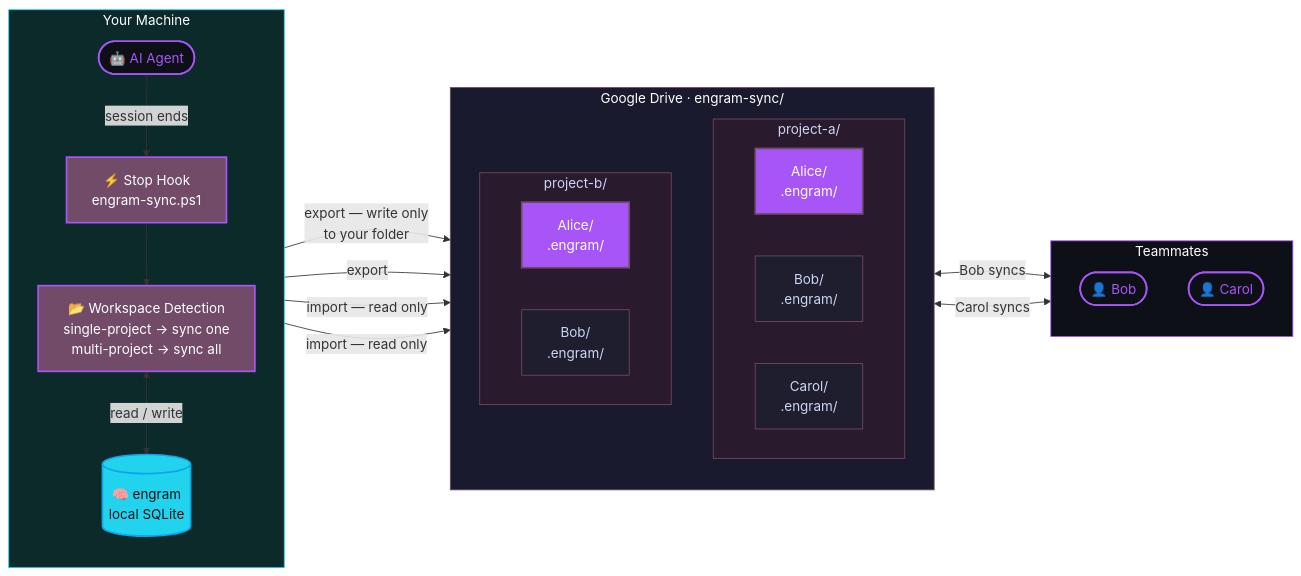
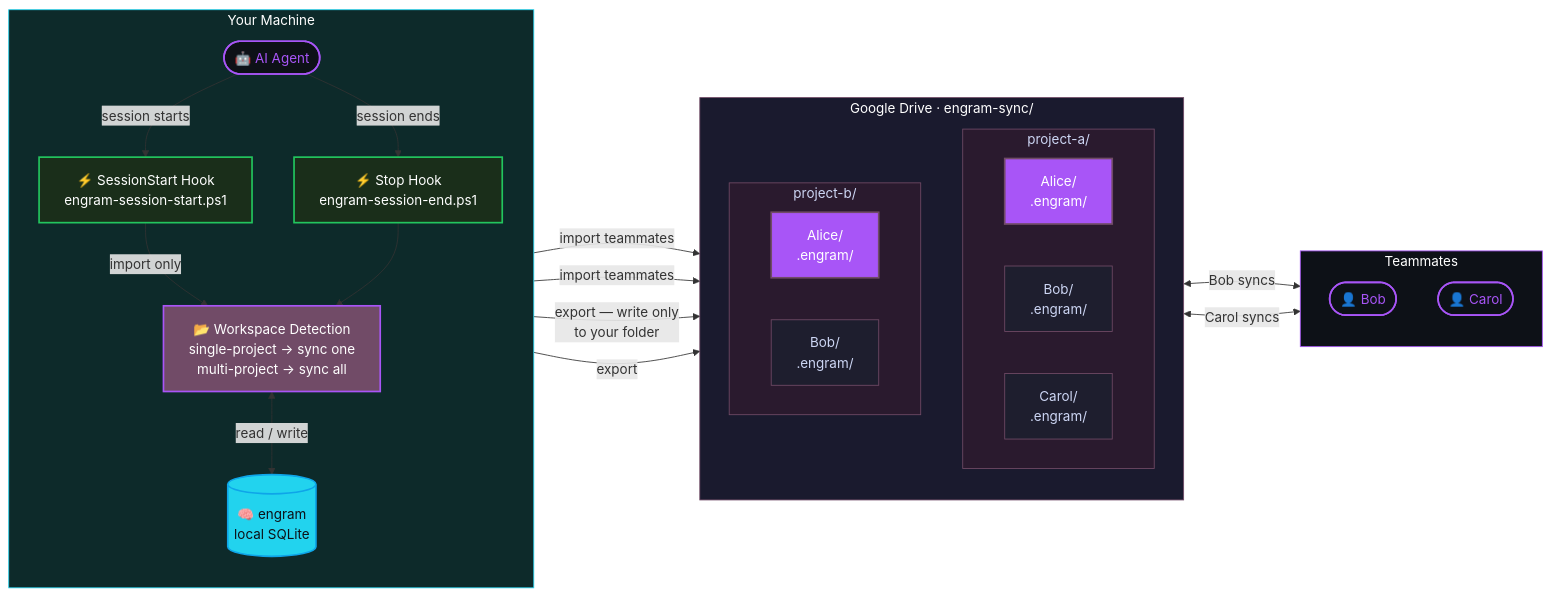
The second of 3 diagrams in README.md (Geraldow/odoo-ai), drawn with Mermaid before and after one commit. The commit also changed other lines of this file, not shown here.

Commit message:
docs: update architecture and team-memory diagrams for hooks layer
- Architecture diagram: add Hooks Layer (project detection, SDD enforcement,
  memory sync) wired between agent events and skills/memory
- Team memory diagram: split single hook node into SessionStart
  (engram-session-start.ps1 — import only) and Stop
  (engram-session-end.ps1 — export + import); fix script names
- Add hook classDef (green) to distinguish automatic hooks from manual skills

````diff
--- a/README.md
+++ b/README.md
@@ -231,60 +244,65 @@
 ```mermaid
 flowchart LR
     subgraph machine ["  Your Machine  "]
         direction TB
         agent(["🤖 AI Agent"])
-        hook["⚡ Stop Hook\nengram-sync.ps1"]
+        hookStart["⚡ SessionStart Hook\nengram-session-start.ps1"]
+        hookEnd["⚡ Stop Hook\nengram-session-end.ps1"]
         db[("🧠 engram\nlocal SQLite")]
         detect["📂 Workspace Detection\nsingle-project → sync one\nmulti-project → sync all"]
 
-        agent -->|"session ends"| hook
-        hook --> detect
+        agent -->|"session starts"| hookStart
+        agent -->|"session ends"| hookEnd
+        hookStart -->|"import only"| detect
+        hookEnd --> detect
         detect <-->|"read / write"| db
     end
 
     subgraph drive ["  Google Drive · engram-sync/  "]
         direction TB
         subgraph pa ["  project-a/  "]
             direction LR
             a1["Alice/\n.engram/"]
             b1["Bob/\n.engram/"]
             c1["Carol/\n.engram/"]
         end
         subgraph pb ["  project-b/  "]
             direction LR
             a2["Alice/\n.engram/"]
             b2["Bob/\n.engram/"]
         end
     end
 
     subgraph team ["  Teammates  "]
         direction TB
         bob(["👤 Bob"])
         carol(["👤 Carol"])
     end
 
-    detect -->|"export — write only\nto your folder"| a1
-    detect -->|"export"| a2
-    detect -->|"import — read only"| b1
-    detect -->|"import — read only"| c1
+    hookStart -->|"import teammates"| b1
+    hookStart -->|"import teammates"| c1
+    hookEnd -->|"export — write only\nto your folder"| a1
+    hookEnd -->|"export"| a2
     b1 <-->|"Bob syncs"| bob
     c1 <-->|"Carol syncs"| carol
 
     classDef person  fill:#0d1117,stroke:#a855f7,stroke-width:2px,color:#a855f7
     classDef teal    fill:#22d3ee,stroke:#0ea5e9,stroke-width:2px,color:#0d1117
     classDef purple  fill:#714B67,stroke:#a855f7,stroke-width:2px,color:#fff
     classDef violet  fill:#a855f7,stroke:#714B67,stroke-width:2px,color:#fff
     classDef folder  fill:#1e1e2e,stroke:#714B67,stroke-width:1px,color:#cdd6f4
+    classDef hook    fill:#1a2e1a,stroke:#22c55e,stroke-width:2px,color:#fff
 
     class agent,bob,carol person
     class db teal
-    class hook,detect purple
+    class hookStart,hookEnd hook
+    class detect purple
     class a1,a2 violet
     class b1,b2,c1 folder
 
     style machine fill:#0d2a2a,stroke:#22d3ee,stroke-width:1px,color:#fff
     style drive   fill:#1a1a2e,stroke:#714B67,stroke-width:1px,color:#fff
     style team    fill:#0d1117,stroke:#a855f7,stroke-width:1px,color:#fff
     style pa      fill:#2a1a2e,stroke:#714B67,stroke-width:1px,color:#cdd6f4
     style pb      fill:#2a1a2e,stroke:#714B67,stroke-width:1px,color:#cdd6f4
 ```
````
